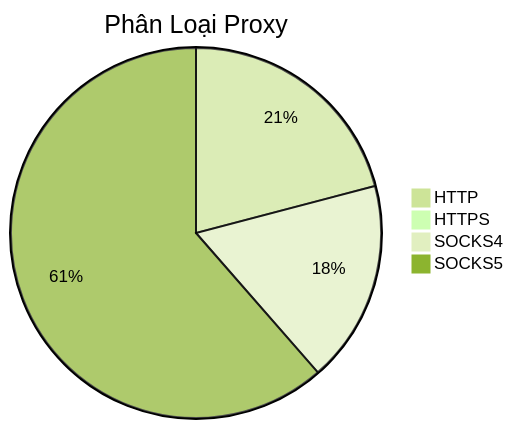
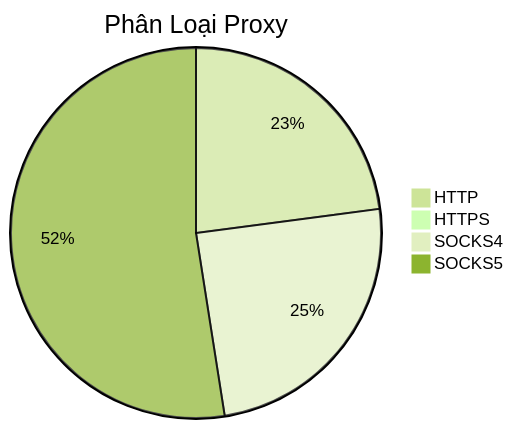
Before and after one commit to Ciara-Aa/PROXY-free: the diagram in README.md, drawn with Mermaid (forest theme). The commit also changed other lines of this file and 4 other files, not shown here.

````diff
--- a/README.md
+++ b/README.md
@@ -26,7 +26,7 @@
 ```mermaid
 pie title Phân Loại Proxy
-    "HTTP" : 289
-    "HTTPS" : 2
-    "SOCKS4" : 244
-    "SOCKS5" : 849
+    "HTTP" : 245
+    "HTTPS" : 1
+    "SOCKS4" : 263
+    "SOCKS5" : 561
 ```
````
